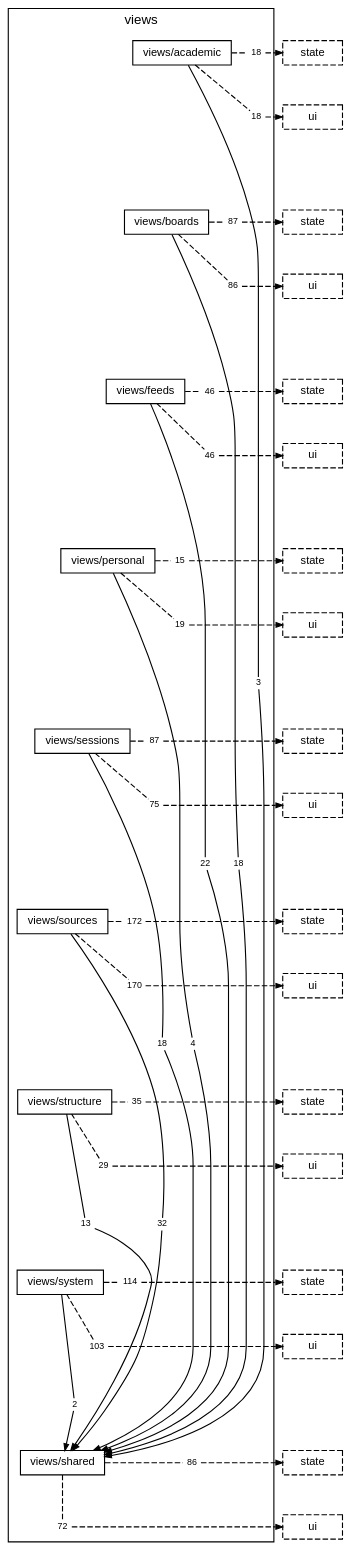
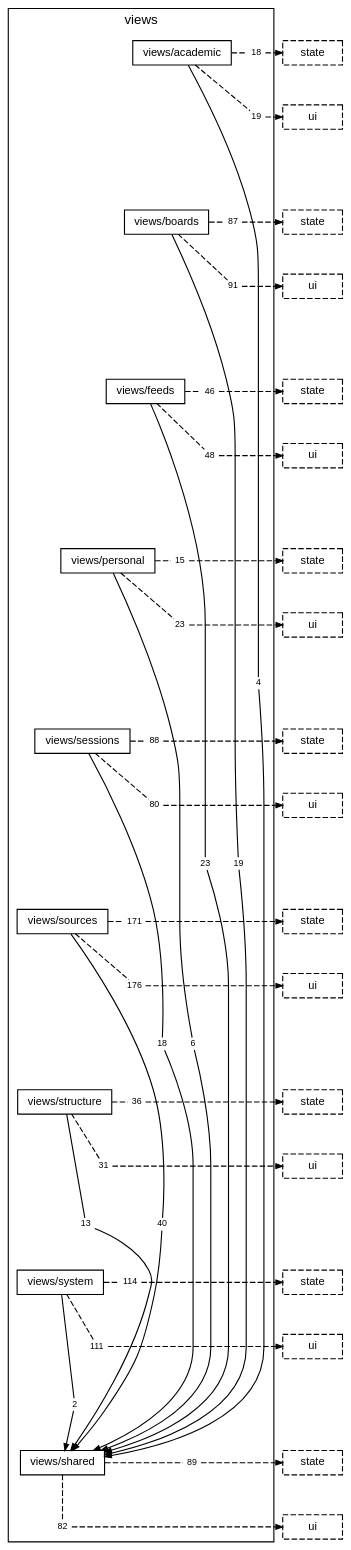
One commit to TheAxeC/oculus changed the diagram in docs/diagrams/layer-views.dot. Above: the diagram before and after it, drawn with Graphviz. The commit also changed 299 other files, not shown here.

```diff
--- a/docs/diagrams/layer-views.dot
+++ b/docs/diagrams/layer-views.dot
@@ -13,32 +13,32 @@
         "folder views/structure" [label="views/structure"];
         "folder views/system" [label="views/system"];
         "folder views/shared" [label="views/shared"];
-        "folder views/academic to folder views/shared" [label="3", shape=box, color="transparent", fontsize=8, width=0, height=0, margin="0.04,0.02"];
+        "folder views/academic to folder views/shared" [label="4", shape=box, color="transparent", fontsize=8, width=0, height=0, margin="0.04,0.02"];
         "folder views/academic to layer state" [label="18", shape=box, color="transparent", fontsize=8, width=0, height=0, margin="0.04,0.02"];
-        "folder views/academic to layer ui" [label="18", shape=box, color="transparent", fontsize=8, width=0, height=0, margin="0.04,0.02"];
-        "folder views/boards to folder views/shared" [label="18", shape=box, color="transparent", fontsize=8, width=0, height=0, margin="0.04,0.02"];
+        "folder views/academic to layer ui" [label="19", shape=box, color="transparent", fontsize=8, width=0, height=0, margin="0.04,0.02"];
+        "folder views/boards to folder views/shared" [label="19", shape=box, color="transparent", fontsize=8, width=0, height=0, margin="0.04,0.02"];
         "folder views/boards to layer state" [label="87", shape=box, color="transparent", fontsize=8, width=0, height=0, margin="0.04,0.02"];
-        "folder views/boards to layer ui" [label="86", shape=box, color="transparent", fontsize=8, width=0, height=0, margin="0.04,0.02"];
-        "folder views/feeds to folder views/shared" [label="22", shape=box, color="transparent", fontsize=8, width=0, height=0, margin="0.04,0.02"];
+        "folder views/boards to layer ui" [label="91", shape=box, color="transparent", fontsize=8, width=0, height=0, margin="0.04,0.02"];
+        "folder views/feeds to folder views/shared" [label="23", shape=box, color="transparent", fontsize=8, width=0, height=0, margin="0.04,0.02"];
         "folder views/feeds to layer state" [label="46", shape=box, color="transparent", fontsize=8, width=0, height=0, margin="0.04,0.02"];
-        "folder views/feeds to layer ui" [label="46", shape=box, color="transparent", fontsize=8, width=0, height=0, margin="0.04,0.02"];
-        "folder views/personal to folder views/shared" [label="4", shape=box, color="transparent", fontsize=8, width=0, height=0, margin="0.04,0.02"];
+        "folder views/feeds to layer ui" [label="48", shape=box, color="transparent", fontsize=8, width=0, height=0, margin="0.04,0.02"];
+        "folder views/personal to folder views/shared" [label="6", shape=box, color="transparent", fontsize=8, width=0, height=0, margin="0.04,0.02"];
         "folder views/personal to layer state" [label="15", shape=box, color="transparent", fontsize=8, width=0, height=0, margin="0.04,0.02"];
-        "folder views/personal to layer ui" [label="19", shape=box, color="transparent", fontsize=8, width=0, height=0, margin="0.04,0.02"];
+        "folder views/personal to layer ui" [label="23", shape=box, color="transparent", fontsize=8, width=0, height=0, margin="0.04,0.02"];
         "folder views/sessions to folder views/shared" [label="18", shape=box, color="transparent", fontsize=8, width=0, height=0, margin="0.04,0.02"];
-        "folder views/sessions to layer state" [label="87", shape=box, color="transparent", fontsize=8, width=0, height=0, margin="0.04,0.02"];
-        "folder views/sessions to layer ui" [label="75", shape=box, color="transparent", fontsize=8, width=0, height=0, margin="0.04,0.02"];
-        "folder views/sources to folder views/shared" [label="32", shape=box, color="transparent", fontsize=8, width=0, height=0, margin="0.04,0.02"];
-        "folder views/sources to layer state" [label="172", shape=box, color="transparent", fontsize=8, width=0, height=0, margin="0.04,0.02"];
-        "folder views/sources to layer ui" [label="170", shape=box, color="transparent", fontsize=8, width=0, height=0, margin="0.04,0.02"];
+        "folder views/sessions to layer state" [label="88", shape=box, color="transparent", fontsize=8, width=0, height=0, margin="0.04,0.02"];
+        "folder views/sessions to layer ui" [label="80", shape=box, color="transparent", fontsize=8, width=0, height=0, margin="0.04,0.02"];
+        "folder views/sources to folder views/shared" [label="40", shape=box, color="transparent", fontsize=8, width=0, height=0, margin="0.04,0.02"];
+        "folder views/sources to layer state" [label="171", shape=box, color="transparent", fontsize=8, width=0, height=0, margin="0.04,0.02"];
+        "folder views/sources to layer ui" [label="176", shape=box, color="transparent", fontsize=8, width=0, height=0, margin="0.04,0.02"];
         "folder views/structure to folder views/shared" [label="13", shape=box, color="transparent", fontsize=8, width=0, height=0, margin="0.04,0.02"];
-        "folder views/structure to layer state" [label="35", shape=box, color="transparent", fontsize=8, width=0, height=0, margin="0.04,0.02"];
-        "folder views/structure to layer ui" [label="29", shape=box, color="transparent", fontsize=8, width=0, height=0, margin="0.04,0.02"];
+        "folder views/structure to layer state" [label="36", shape=box, color="transparent", fontsize=8, width=0, height=0, margin="0.04,0.02"];
+        "folder views/structure to layer ui" [label="31", shape=box, color="transparent", fontsize=8, width=0, height=0, margin="0.04,0.02"];
         "folder views/system to folder views/shared" [label="2", shape=box, color="transparent", fontsize=8, width=0, height=0, margin="0.04,0.02"];
         "folder views/system to layer state" [label="114", shape=box, color="transparent", fontsize=8, width=0, height=0, margin="0.04,0.02"];
-        "folder views/system to layer ui" [label="103", shape=box, color="transparent", fontsize=8, width=0, height=0, margin="0.04,0.02"];
-        "folder views/shared to layer state" [label="86", shape=box, color="transparent", fontsize=8, width=0, height=0, margin="0.04,0.02"];
-        "folder views/shared to layer ui" [label="72", shape=box, color="transparent", fontsize=8, width=0, height=0, margin="0.04,0.02"];
+        "folder views/system to layer ui" [label="111", shape=box, color="transparent", fontsize=8, width=0, height=0, margin="0.04,0.02"];
+        "folder views/shared to layer state" [label="89", shape=box, color="transparent", fontsize=8, width=0, height=0, margin="0.04,0.02"];
+        "folder views/shared to layer ui" [label="82", shape=box, color="transparent", fontsize=8, width=0, height=0, margin="0.04,0.02"];
     }
     "layer state from folder views/academic" [label="state", style=dashed];
     "layer ui from folder views/academic" [label="ui", style=dashed];
```
